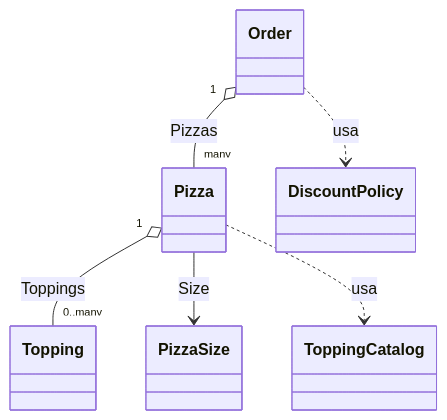
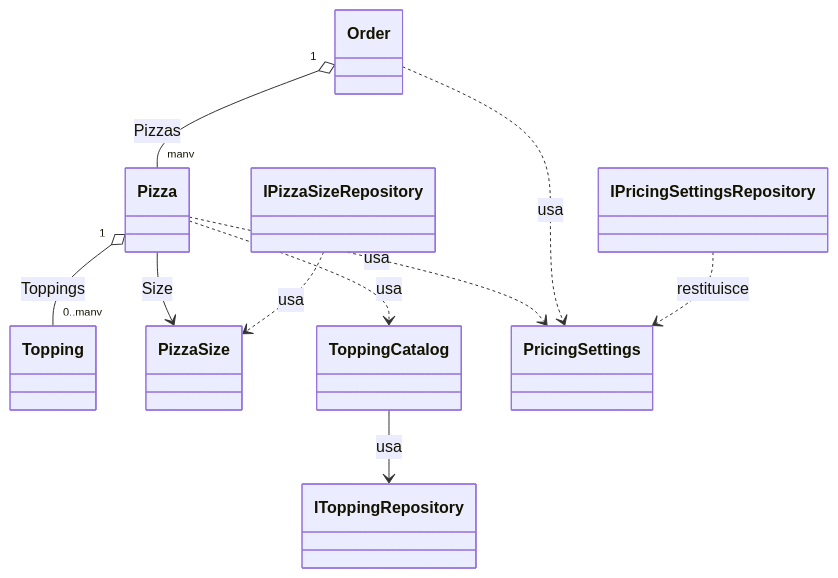
One commit to Timon-code95/PizzaShop changed diagram 12 of 13 in docs/c4-model/04a-class-diagram-spiegazione.md. Above: the diagram before and after it, drawn with Mermaid. The commit also changed other lines of this file and 6 other files, not shown here.

````diff
--- a/docs/c4-model/04a-class-diagram-spiegazione.md
+++ b/docs/c4-model/04a-class-diagram-spiegazione.md
@@ -264,8 +374,12 @@
 ```mermaid
 classDiagram
 	Order "1" o-- "many" Pizza : Pizzas
 	Pizza "1" o-- "0..many" Topping : Toppings
 	Pizza --> PizzaSize : Size
 	Pizza ..> ToppingCatalog : usa
-	Order ..> DiscountPolicy : usa
+	ToppingCatalog --> IToppingRepository : usa
+	Pizza ..> PricingSettings : usa
+	Order ..> PricingSettings : usa
+	IPricingSettingsRepository ..> PricingSettings : restituisce
+	IPizzaSizeRepository ..> PizzaSize : usa
 ```
````
